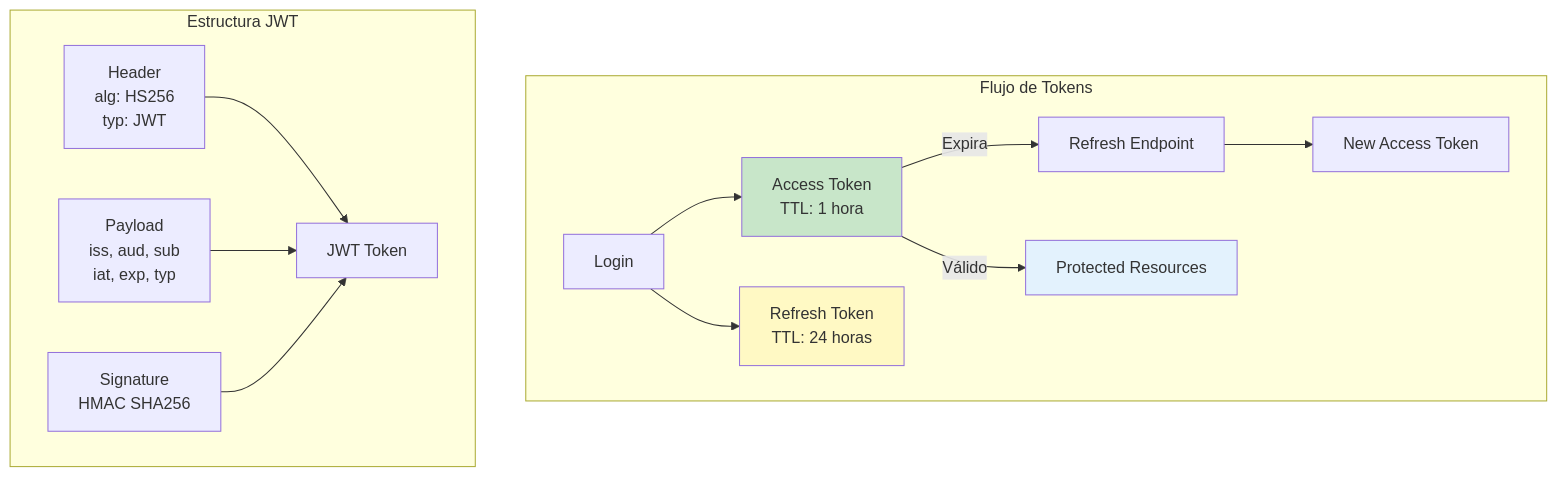
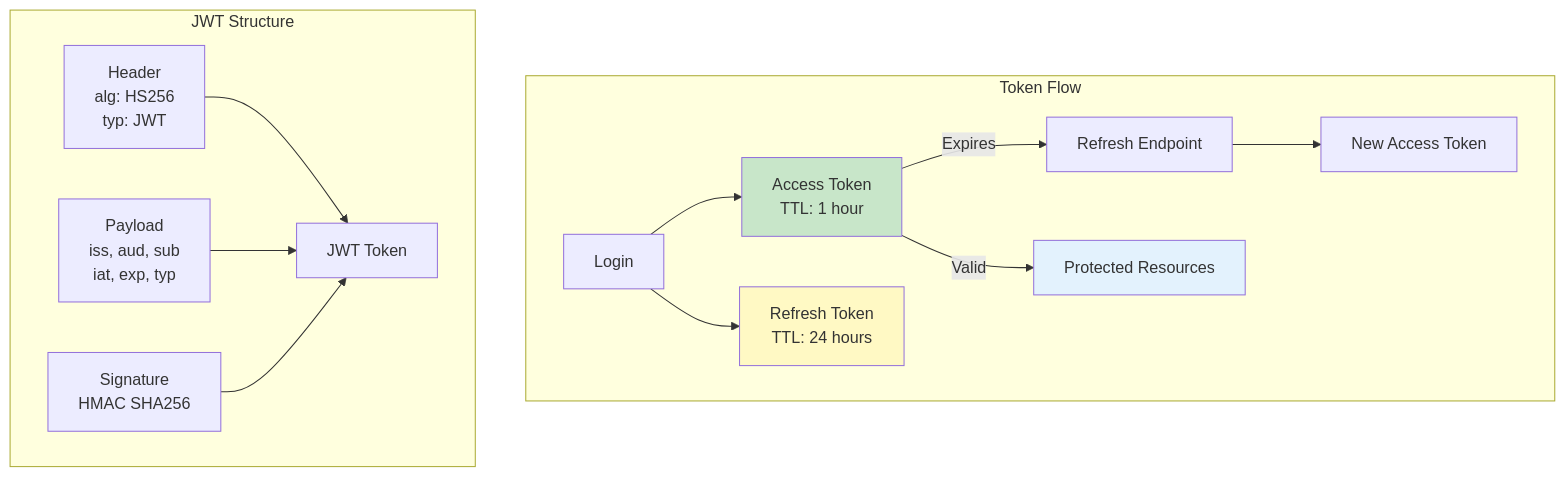
One commit to Simon3640/GoProjectSkeleton changed diagram 22 of 27 in README.md. Above: the diagram before and after it, drawn with Mermaid. The commit also changed other lines of this file and 1 other file, not shown here.

````diff
--- a/README.md
+++ b/README.md
@@ -3516,26 +3516,26 @@
 ```mermaid
 graph TB
-    subgraph TokenFlow["Flujo de Tokens"]
-        Login[Login] --> AccessToken[Access Token<br/>TTL: 1 hora]
-        Login --> RefreshToken[Refresh Token<br/>TTL: 24 horas]
+    subgraph TokenFlow["Token Flow"]
+        Login[Login] --> AccessToken[Access Token<br/>TTL: 1 hour]
+        Login --> RefreshToken[Refresh Token<br/>TTL: 24 hours]
 
-        AccessToken -->|Expira| Refresh[Refresh Endpoint]
+        AccessToken -->|Expires| Refresh[Refresh Endpoint]
         Refresh --> NewAccess[New Access Token]
 
-        AccessToken -->|Válido| Protected[Protected Resources]
+        AccessToken -->|Valid| Protected[Protected Resources]
     end
 
-    subgraph TokenStructure["Estructura JWT"]
+    subgraph TokenStructure["JWT Structure"]
         Header[Header<br/>alg: HS256<br/>typ: JWT]
         Payload[Payload<br/>iss, aud, sub<br/>iat, exp, typ]
         Signature[Signature<br/>HMAC SHA256]
 
         Header --> JWT[JWT Token]
         Payload --> JWT
         Signature --> JWT
     end
 
     style AccessToken fill:#c8e6c9
     style RefreshToken fill:#fff9c4
     style Protected fill:#e3f2fd
 ```
````
